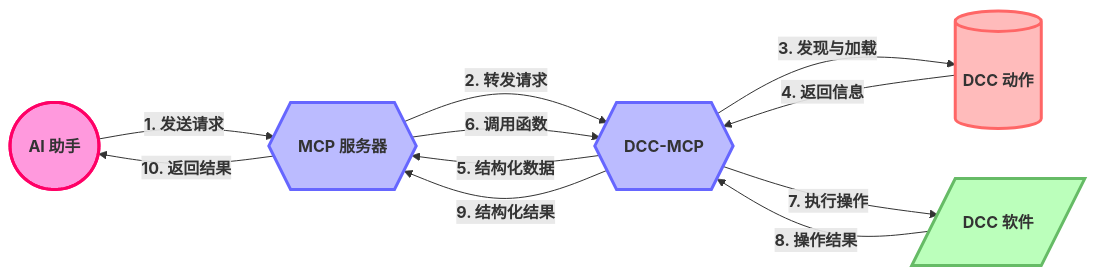
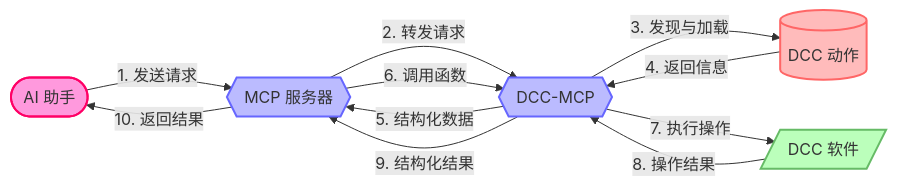
Before and after one commit to loonghao/dcc-mcp-core: the diagram in README_zh.md, drawn with Mermaid. The commit also changed other lines of this file and 1 other file, not shown here.

First line of the commit message:
docs: rewrite README.md and README_zh.md for Rust+PyO3 architecture

````diff
--- a/README_zh.md
+++ b/README_zh.md
@@ -30,43 +24,24 @@
 ```mermaid
-%%{init: {
-  'flowchart': {
-    'nodeSpacing': 50,
-    'rankSpacing': 80,
-    'curve': 'basis',
-    'useMaxWidth': false
-  },
-  'themeVariables': {
-    'fontSize': '16px',
-    'fontFamily': 'arial',
-    'lineWidth': 2
-  }
-} }%%
+flowchart LR
+    AI([AI 助手]):::aiNode
+    MCP{{MCP 服务器}}:::serverNode
+    DCCMCP{{DCC-MCP}}:::serverNode
+    Actions[(DCC 动作)]:::actionsNode
+    DCC[/DCC 软件/]:::dccNode
 
-flowchart LR
-    %% 节点定义
-    AI([<b>AI 助手</b>]):::aiNode
-    MCP{{<b>MCP 服务器</b>}}:::serverNode
-    DCCMCP{{<b>DCC-MCP</b>}}:::serverNode
-    Actions[(
-<b>DCC 动作</b>
-)]:::actionsNode
-    DCC[/<b>DCC 软件</b>/]:::dccNode
+    AI -->|1. 发送请求| MCP
+    MCP -->|2. 转发请求| DCCMCP
+    DCCMCP -->|3. 发现与加载| Actions
+    Actions -->|4. 返回信息| DCCMCP
+    DCCMCP -->|5. 结构化数据| MCP
+    MCP -->|6. 调用函数| DCCMCP
+    DCCMCP -->|7. 执行操作| DCC
+    DCC -->|8. 操作结果| DCCMCP
+    DCCMCP -->|9. 结构化结果| MCP
+    MCP -->|10. 返回结果| AI
 
-    %% 连接和流程
-    AI -->|<b>1. 发送请求</b>| MCP
-    MCP -->|<b>2. 转发请求</b>| DCCMCP
-    DCCMCP -->|<b>3. 发现与加载</b>| Actions
-    Actions -->|<b>4. 返回信息</b>| DCCMCP
-    DCCMCP -->|<b>5. 结构化数据</b>| MCP
-    MCP -->|<b>6. 调用函数</b>| DCCMCP
-    DCCMCP -->|<b>7. 执行操作</b>| DCC
-    DCC -->|<b>8. 操作结果</b>| DCCMCP
-    DCCMCP -->|<b>9. 结构化结果</b>| MCP
-    MCP -->|<b>10. 返回结果</b>| AI
-
-    %% 样式设置
-    classDef aiNode fill:#f9d,stroke:#f06,stroke-width:3px,color:#333,padding:15px,margin:10px
-    classDef serverNode fill:#bbf,stroke:#66f,stroke-width:3px,color:#333,padding:15px,margin:10px
-    classDef dccNode fill:#bfb,stroke:#6b6,stroke-width:3px,color:#333,padding:15px,margin:10px
-    classDef actionsNode fill:#fbb,stroke:#f66,stroke-width:3px,color:#333,padding:15px,margin:10px
+    classDef aiNode fill:#f9d,stroke:#f06,stroke-width:2px,color:#333
+    classDef serverNode fill:#bbf,stroke:#66f,stroke-width:2px,color:#333
+    classDef dccNode fill:#bfb,stroke:#6b6,stroke-width:2px,color:#333
+    classDef actionsNode fill:#fbb,stroke:#f66,stroke-width:2px,color:#333
 ```
````
